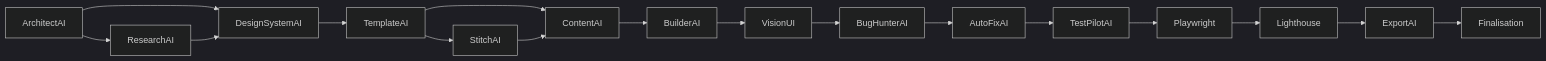
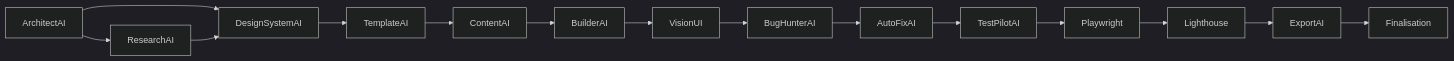
The diagram in backend/docs/template-first-architecture.md (capcore-pro/cyberforge), drawn with Mermaid (dark theme) before and after one commit. The commit also changed other lines of this file and 69 other files, not shown here.

````diff
--- a/backend/docs/template-first-architecture.md
+++ b/backend/docs/template-first-architecture.md
@@ -76,19 +75,17 @@
 ```mermaid
 flowchart LR
     A[ArchitectAI] --> R[ResearchAI]
     A --> D[DesignSystemAI]
     R --> D
     D --> T[TemplateAI]
-    T --> S[StitchAI]
     T --> C[ContentAI]
-    S --> C
     C --> B[BuilderAI]
     B --> V[VisionUI]
     V --> H[BugHunterAI]
     H --> F[AutoFixAI]
     F --> TP[TestPilotAI]
     TP --> PW[Playwright]
     PW --> LH[Lighthouse]
     LH --> E[ExportAI]
     E --> Z[Finalisation]
 ```
````
